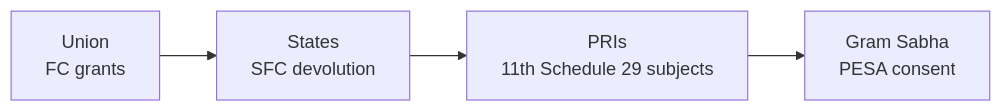
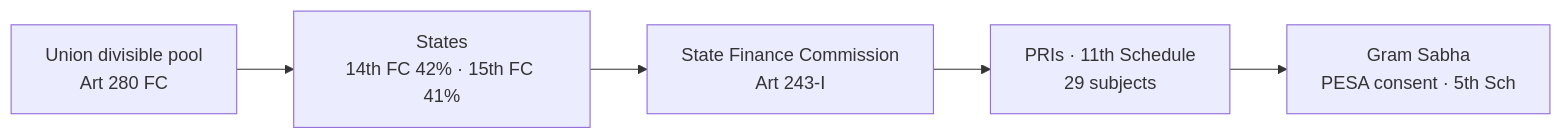
One commit to nitishpratap/UP-PCS changed the second of 2 diagrams in mains-pyqs/GS-2/Polity_Constitution/02_Federalism_Union_State_Local_Devolution.md. Above: the diagram before and after it, drawn with Mermaid. The commit also changed other lines of this file and 97 other files, not shown here.

````diff
--- a/mains-pyqs/GS-2/Polity_Constitution/02_Federalism_Union_State_Local_Devolution.md
+++ b/mains-pyqs/GS-2/Polity_Constitution/02_Federalism_Union_State_Local_Devolution.md
@@ -289,6 +320,7 @@
 ```mermaid
 flowchart LR
-  U[Union<br/>FC grants] --> S[States<br/>SFC devolution]
-  S --> P[PRIs<br/>11th Schedule 29 subjects]
-  P --> G[Gram Sabha<br/>PESA consent]
+  U[Union divisible pool<br/>Art 280 FC] --> S[States<br/>14th FC 42% · 15th FC 41%]
+  S --> SFC[State Finance Commission<br/>Art 243-I]
+  SFC --> P[PRIs · 11th Schedule<br/>29 subjects]
+  P --> GS[Gram Sabha<br/>PESA consent · 5th Sch]
 ```
````
